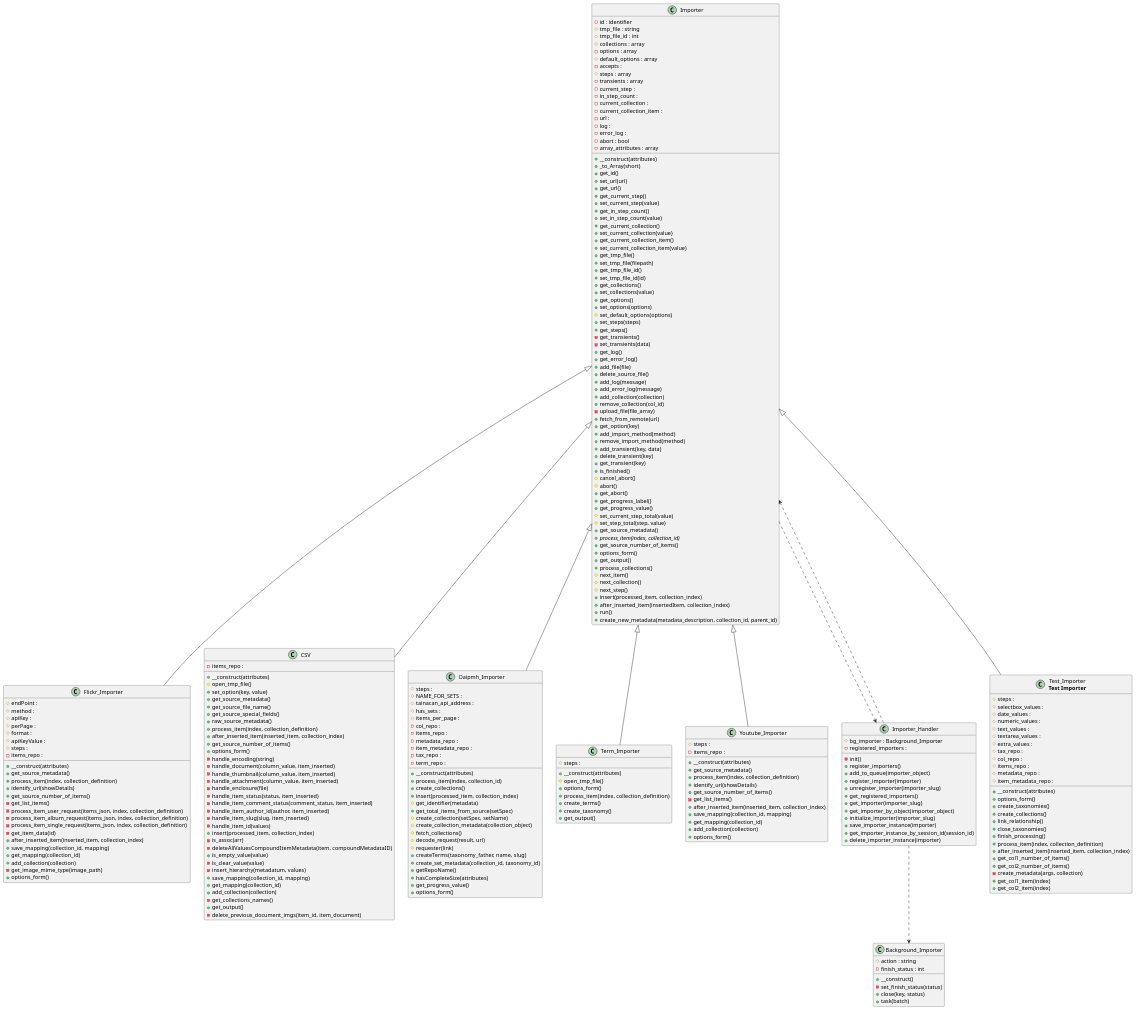
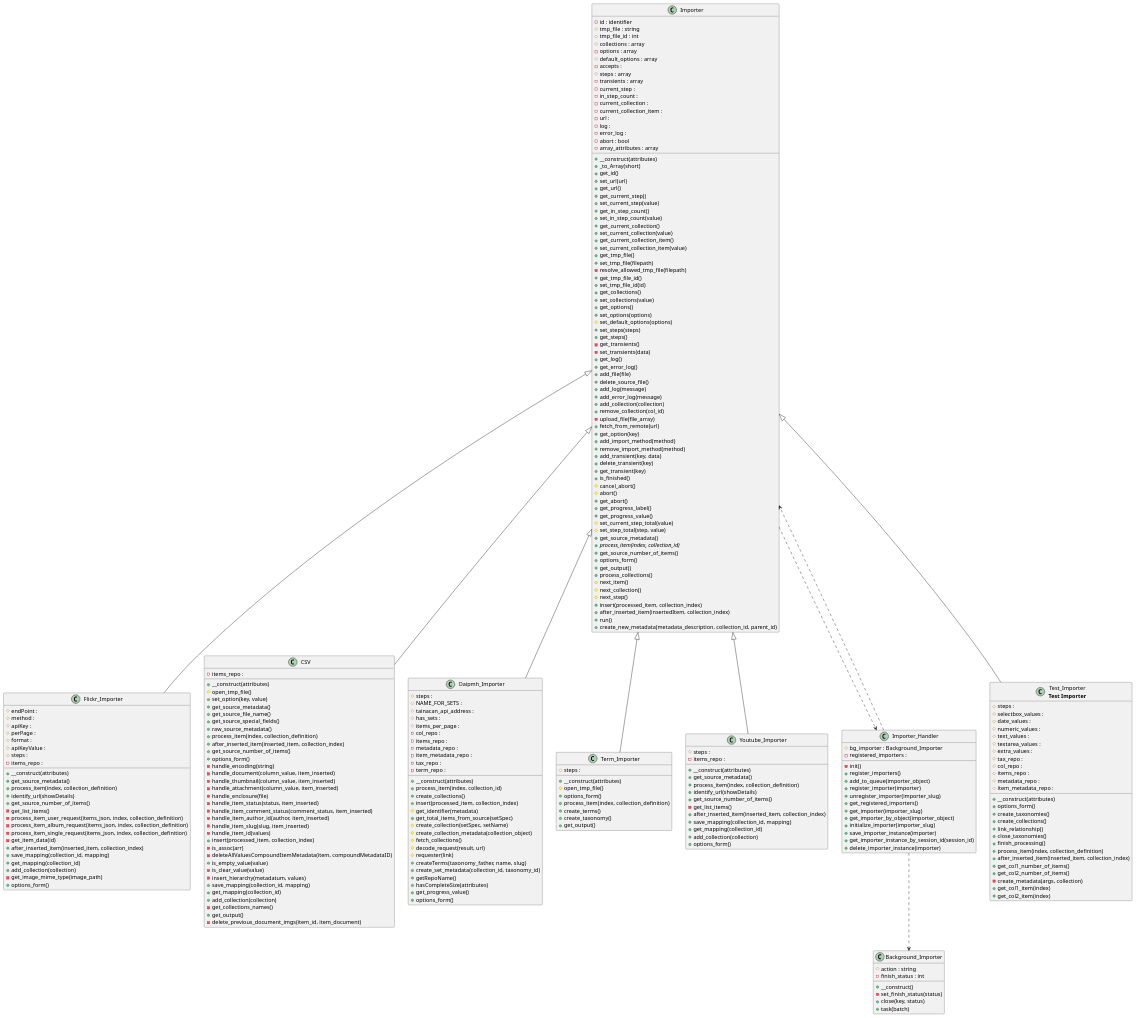
The diagram in docs/diagrams/tainacan-namespace-Tainacan-Importer.puml (tainacan/tainacan), drawn with PlantUML before and after one commit. The commit also changed 14 other files, not shown here.

```diff
--- a/docs/diagrams/tainacan-namespace-Tainacan-Importer.puml
+++ b/docs/diagrams/tainacan-namespace-Tainacan-Importer.puml
@@ -133,6 +133,7 @@
     +set_current_collection_item(value)
     +get_tmp_file()
     +set_tmp_file(filepath)
+    -resolve_allowed_tmp_file(filepath)
     +get_tmp_file_id()
     +set_tmp_file_id(id)
     +get_collections()
```
